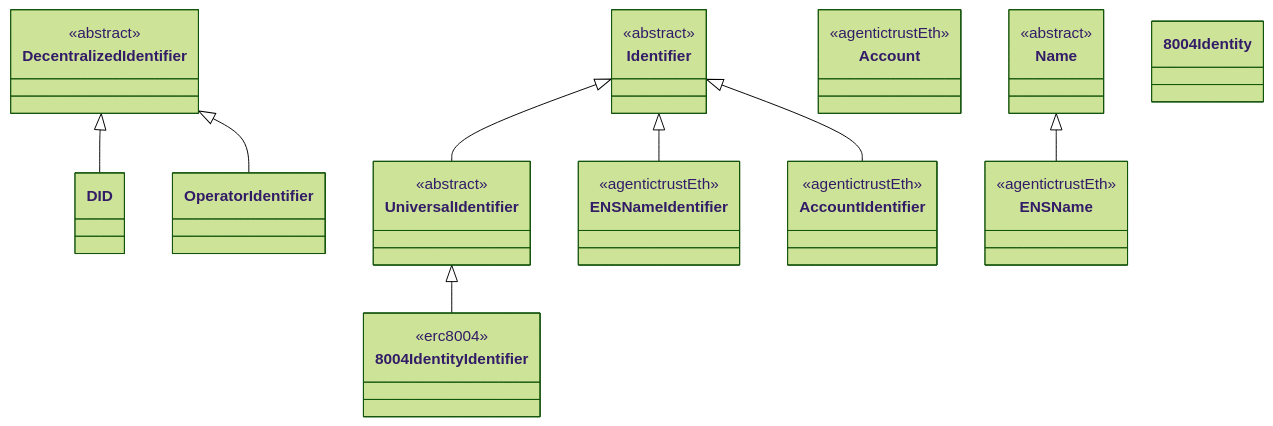
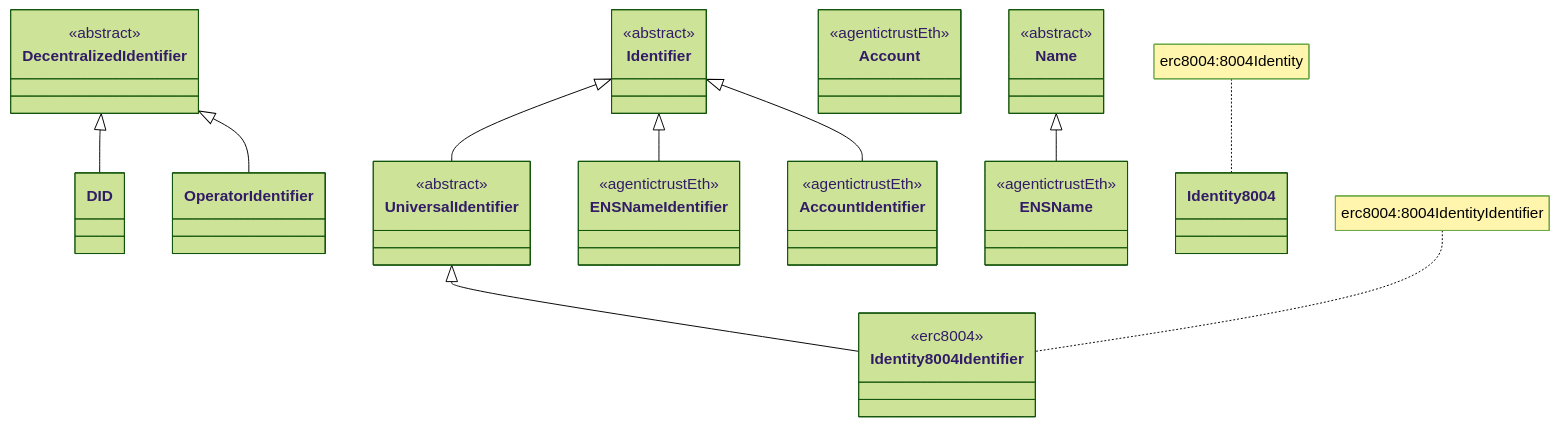
Before and after one commit to Agentic-Trust-Layer/agent-explorer: the first of 6 diagrams in docs/ontology/identifiers.md, drawn with Mermaid (forest theme). The commit also changed other lines of this file and 1 other file, not shown here.

````diff
--- a/docs/ontology/identifiers.md
+++ b/docs/ontology/identifiers.md
@@ -37,44 +37,47 @@
 ```mermaid
 classDiagram
     class Identifier {
         <<abstract>>
     }
     class UniversalIdentifier {
         <<abstract>>
     }
     class DecentralizedIdentifier {
         <<abstract>>
     }
     class DID {
     }
     class OperatorIdentifier {
     }
-    class 8004IdentityIdentifier {
+    class Identity8004Identifier {
         <<erc8004>>
     }
     class ENSNameIdentifier {
         <<agentictrustEth>>
     }
     class AccountIdentifier {
         <<agentictrustEth>>
     }
     class Account {
         <<agentictrustEth>>
     }
     class Name {
         <<abstract>>
     }
     class ENSName {
         <<agentictrustEth>>
     }
-    class 8004Identity {
+    class Identity8004 {
     }
     
     Identifier <|-- UniversalIdentifier
     Identifier <|-- ENSNameIdentifier
     Identifier <|-- AccountIdentifier
-    UniversalIdentifier <|-- 8004IdentityIdentifier
+    UniversalIdentifier <|-- Identity8004Identifier
     DecentralizedIdentifier <|-- DID
     DecentralizedIdentifier <|-- OperatorIdentifier
     Name <|-- ENSName
+    
+    note for Identity8004Identifier "erc8004:8004IdentityIdentifier"
+    note for Identity8004 "erc8004:8004Identity"
 ```
````
